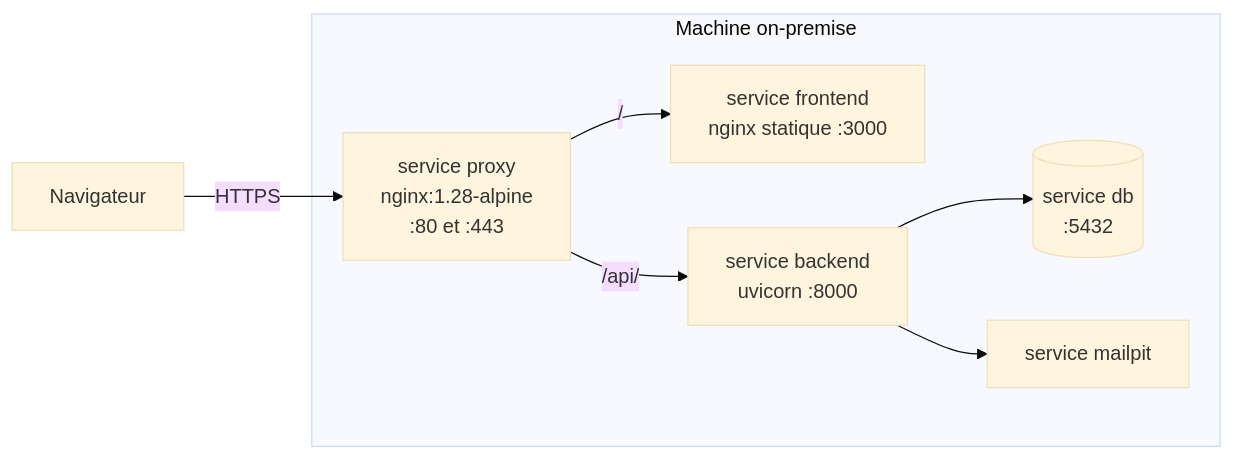
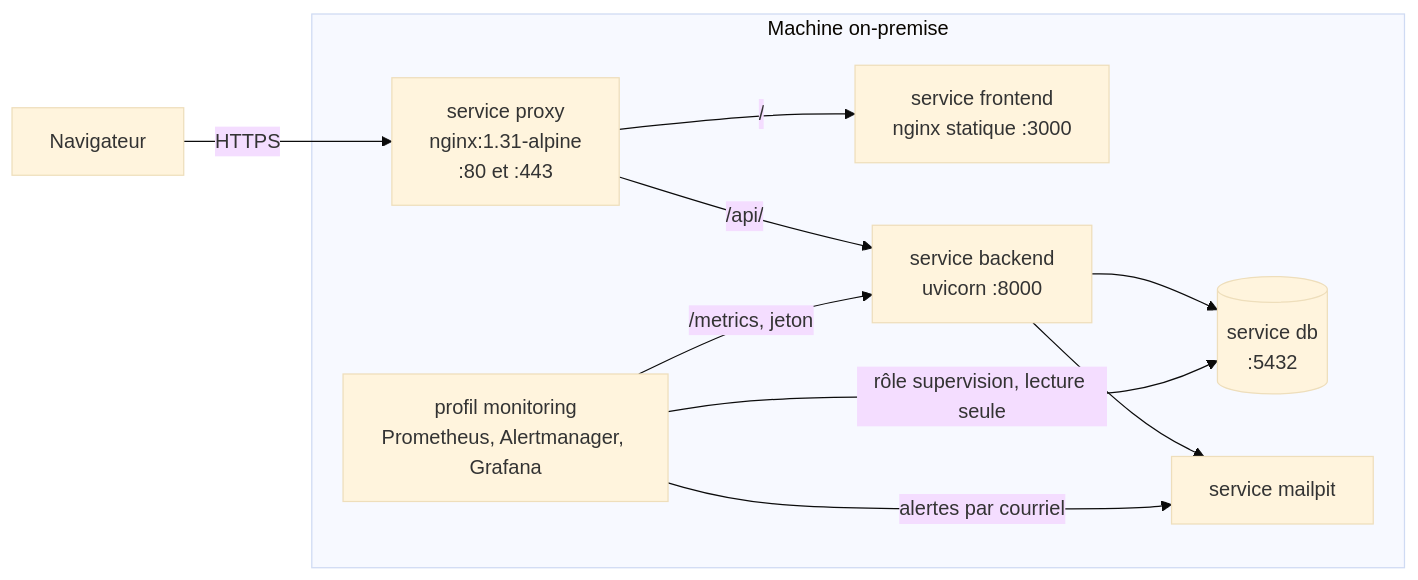
The second of 5 diagrams in docs/architecture/10-infra.md (ineszang/ProjetPiscine_EnerVision), drawn with Mermaid (base theme) before and after one commit. The commit also changed other lines of this file and 11 other files, not shown here.

````diff
--- a/docs/architecture/10-infra.md
+++ b/docs/architecture/10-infra.md
@@ -199,18 +201,22 @@
 ```mermaid
 flowchart LR
   navigateur["Navigateur"]
 
   subgraph machine["Machine on-premise"]
-    proxy["service proxy<br/>nginx:1.28-alpine<br/>:80 et :443"]
+    proxy["service proxy<br/>nginx:1.31-alpine<br/>:80 et :443"]
     front["service frontend<br/>nginx statique :3000"]
     api["service backend<br/>uvicorn :8000"]
     db[("service db<br/>:5432")]
     mail["service mailpit"]
+    sup["profil monitoring<br/>Prometheus, Alertmanager, Grafana"]
   end
 
   navigateur -->|"HTTPS"| proxy
   proxy -->|"/"| front
   proxy -->|"/api/"| api
   api --> db
   api --> mail
+  sup -->|"/metrics, jeton"| api
+  sup -->|"rôle supervision, lecture seule"| db
+  sup -->|"alertes par courriel"| mail
 ```
````
